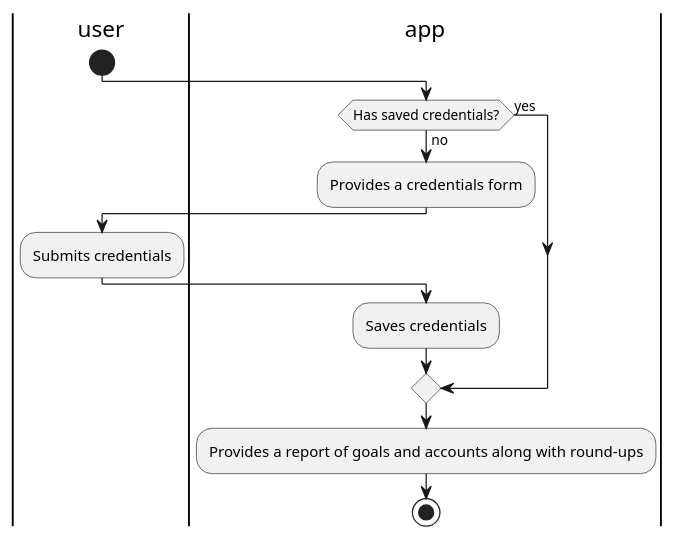
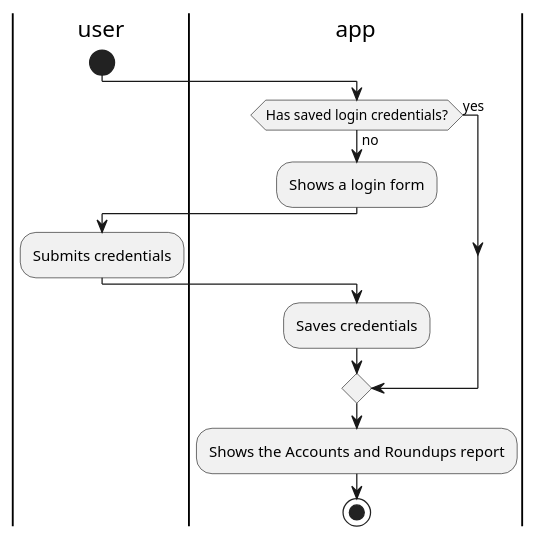
The diagram in diagrams/Startup Activity Diagram.puml (hristo-stefanov/MiniBankingDemo), drawn with PlantUML before and after one commit. The commit also changed 1 other file, not shown here.

```diff
--- a/diagrams/Startup Activity Diagram.puml
+++ b/diagrams/Startup Activity Diagram.puml
@@ -1,17 +1,17 @@
 @startuml
 'https://plantuml.com/activity-diagram-beta
 |user|
 start
 |app|
-if (Has saved credentials?) then (yes)
+if (Has saved login credentials?) then (yes)
 else (no)
-    :Provides a credentials form;
+    :Shows a login form;
     |user|
     :Submits credentials;
     |app|
     :Saves credentials;
 endif
-    :Provides a report of goals and accounts along with round-ups;
+    :Shows the Accounts and Roundups report;
 stop
 
 @enduml
```
